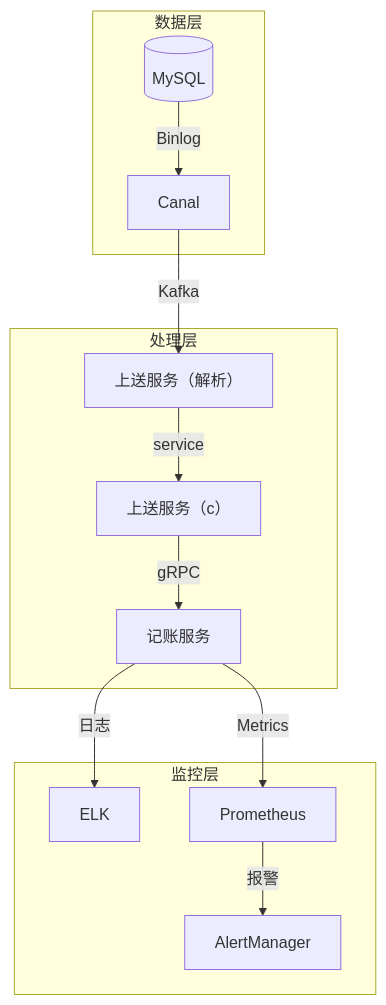
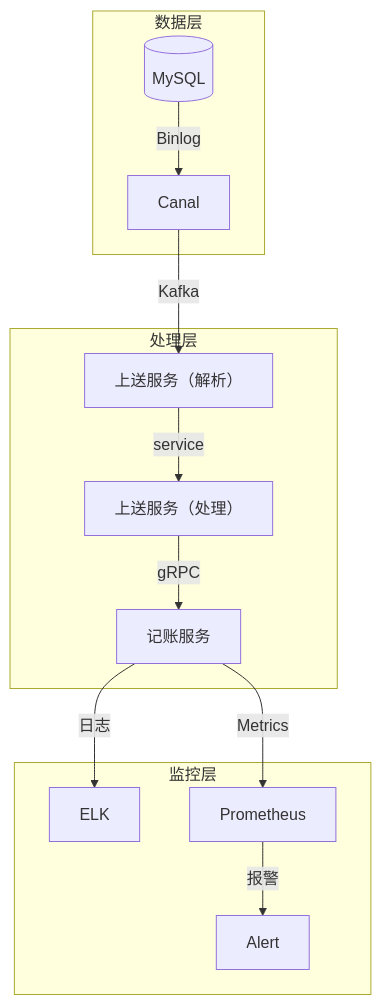
One commit to 87828943/iodraw-files changed the diagram in all/未命名.md. Above: the diagram before and after it, drawn with Mermaid.

Commit message:
2025-07-01 10:41:37 update

````diff
--- a/all/未命名.md
+++ b/all/未命名.md
@@ -1,16 +1,16 @@
 ```mermaid
 graph TB
     subgraph 数据层
         DB[(MySQL)] -->|Binlog| Canal
     end
     subgraph 处理层
         Canal -->|Kafka| Parser[上送服务（解析）]
-        Parser -->|service| Engine[上送服务（c）]
+        Parser -->|service| Engine[上送服务（处理）]
         Engine -->|gRPC| Accounting[记账服务]
     end
     subgraph 监控层
         Accounting -->|日志| ELK
         Accounting -->|Metrics| Prometheus
-        Prometheus -->|报警| AlertManager
+        Prometheus -->|报警| Alert
     end
 ```
````
